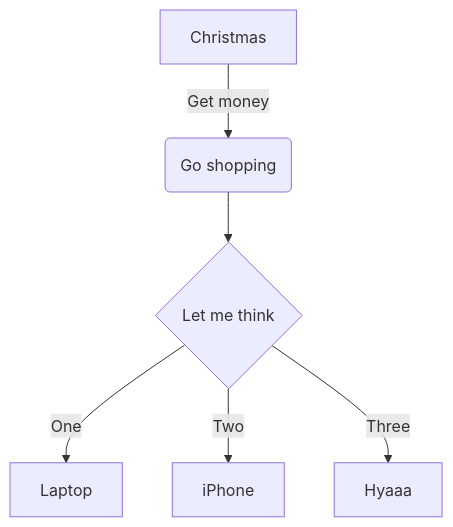
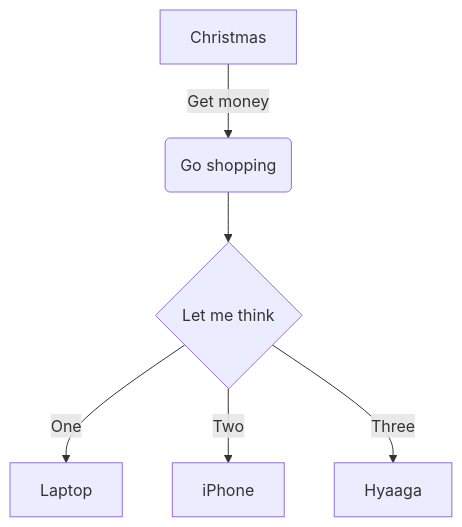
The diagram in cool.mermaid (hsingh23/my-files), drawn with Mermaid before and after one commit.

```diff
--- a/cool.mermaid
+++ b/cool.mermaid
@@ -1,6 +1,6 @@
 flowchart TD
     A[Christmas] -->|Get money| B(Go shopping)
     B --> C{Let me think}
     C -->|One| D[Laptop]
     C -->|Two| E[iPhone]
-    C -->|Three| F[Hyaaa]
+    C -->|Three| F[Hyaaga]
```
